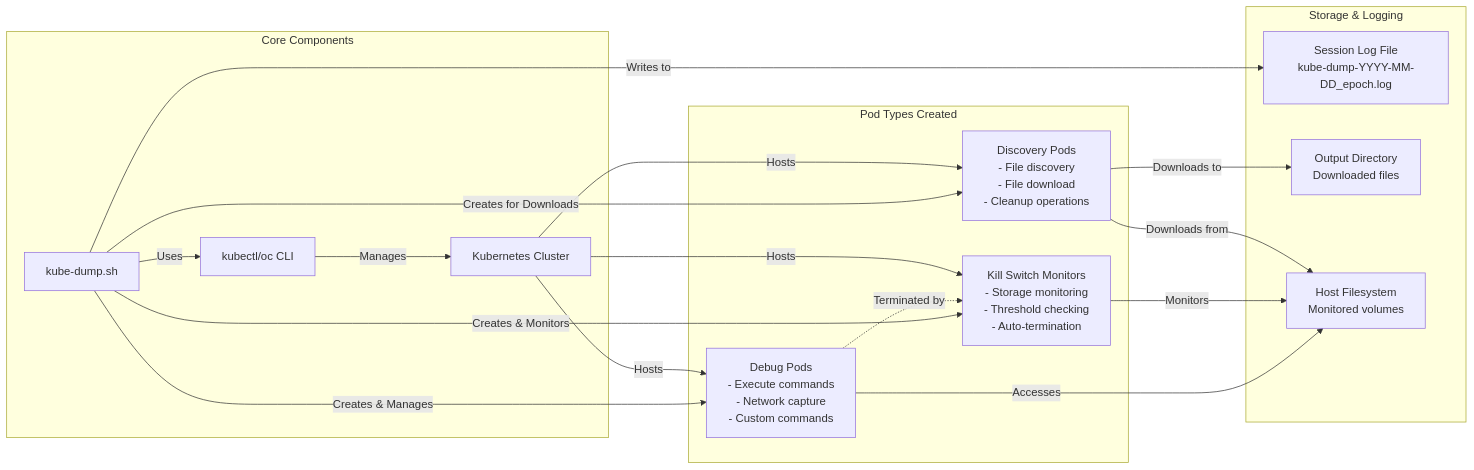
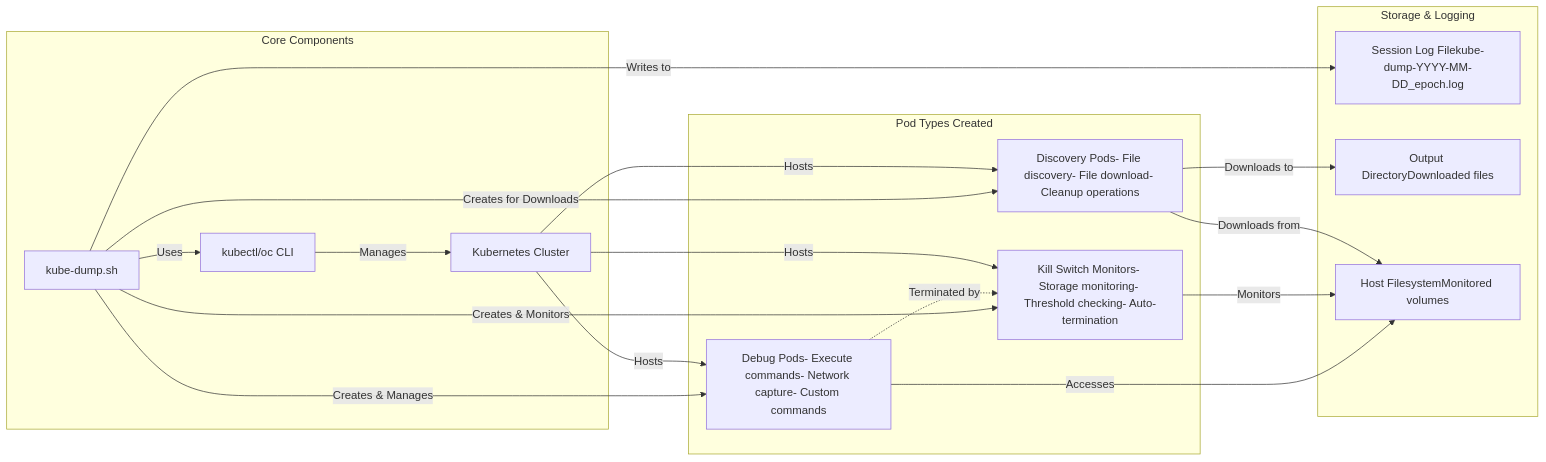
One commit to 8-cm/kube-dump changed the second of 4 diagrams in docs/kube-dump-architecture.md. Above: the diagram before and after it, drawn with Mermaid. The commit also changed other lines of this file and 4 other files, not shown here.

First line of the commit message:
fix: Resolve Mermaid diagram rendering issues for GitHub compatibility

````diff
--- a/docs/kube-dump-architecture.md
+++ b/docs/kube-dump-architecture.md
@@ -118,43 +118,43 @@
 ```mermaid
 graph LR
     %% Core Components
     subgraph "Core Components"
         CLI[kubectl/oc CLI]
         Script[kube-dump.sh]
         K8sCluster[Kubernetes Cluster]
     end
     
     %% Pod Types
     subgraph "Pod Types Created"
-        DebugPod[Debug Pods<br/>- Execute commands<br/>- Network capture<br/>- Custom commands]
-        KillMonitor[Kill Switch Monitors<br/>- Storage monitoring<br/>- Threshold checking<br/>- Auto-termination]
-        DiscoveryPod[Discovery Pods<br/>- File discovery<br/>- File download<br/>- Cleanup operations]
+        DebugPod[Debug Pods- Execute commands- Network capture- Custom commands]
+        KillMonitor[Kill Switch Monitors- Storage monitoring- Threshold checking- Auto-termination]
+        DiscoveryPod[Discovery Pods- File discovery- File download- Cleanup operations]
     end
     
     %% Storage & Logging
     subgraph "Storage & Logging"
-        LogFile[Session Log File<br/>kube-dump-YYYY-MM-DD_epoch.log]
-        OutputDir[Output Directory<br/>Downloaded files]
-        HostFS[Host Filesystem<br/>Monitored volumes]
+        LogFile[Session Log Filekube-dump-YYYY-MM-DD_epoch.log]
+        OutputDir[Output DirectoryDownloaded files]
+        HostFS[Host FilesystemMonitored volumes]
     end
     
     %% Data Flows
     Script -->|Creates & Manages| DebugPod
     Script -->|Creates & Monitors| KillMonitor
     Script -->|Creates for Downloads| DiscoveryPod
     
     DebugPod -->|Accesses| HostFS
     KillMonitor -->|Monitors| HostFS
     DiscoveryPod -->|Downloads from| HostFS
     
     Script -->|Writes to| LogFile
     DiscoveryPod -->|Downloads to| OutputDir
     
     DebugPod -.->|Terminated by| KillMonitor
     
     CLI -->|Manages| K8sCluster
     Script -->|Uses| CLI
     K8sCluster -->|Hosts| DebugPod
     K8sCluster -->|Hosts| KillMonitor
     K8sCluster -->|Hosts| DiscoveryPod
 ```
````
